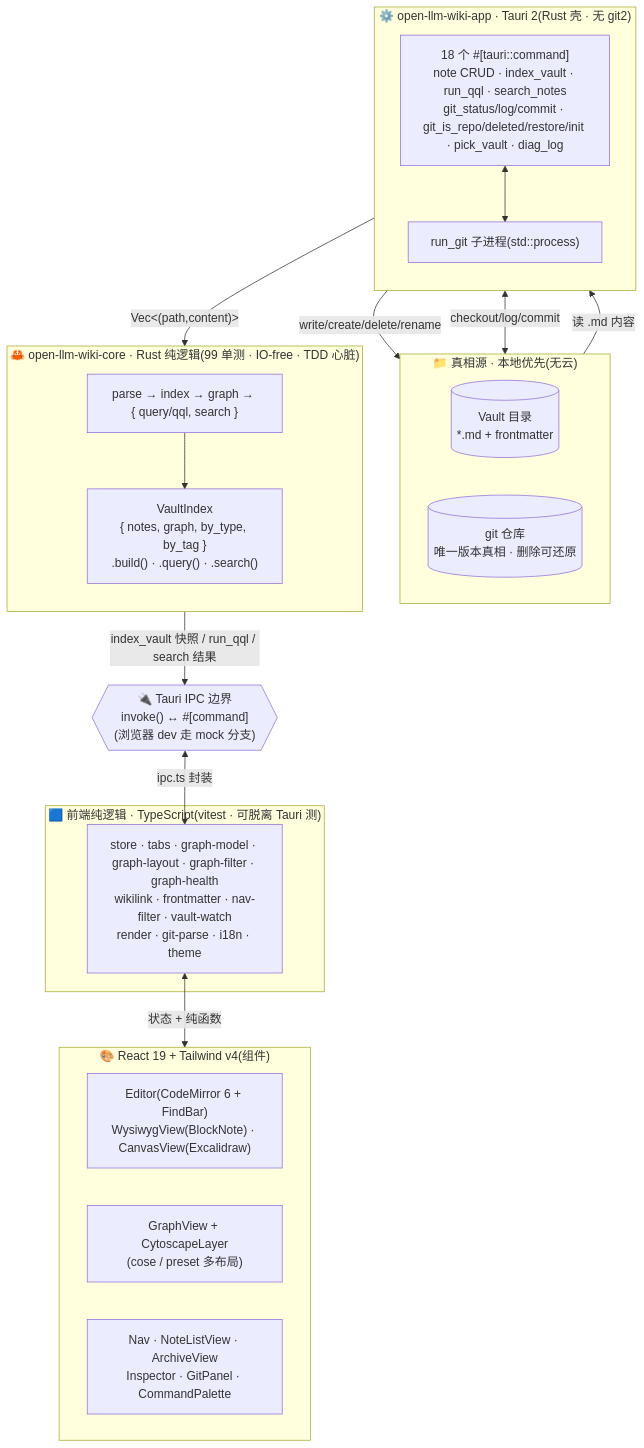
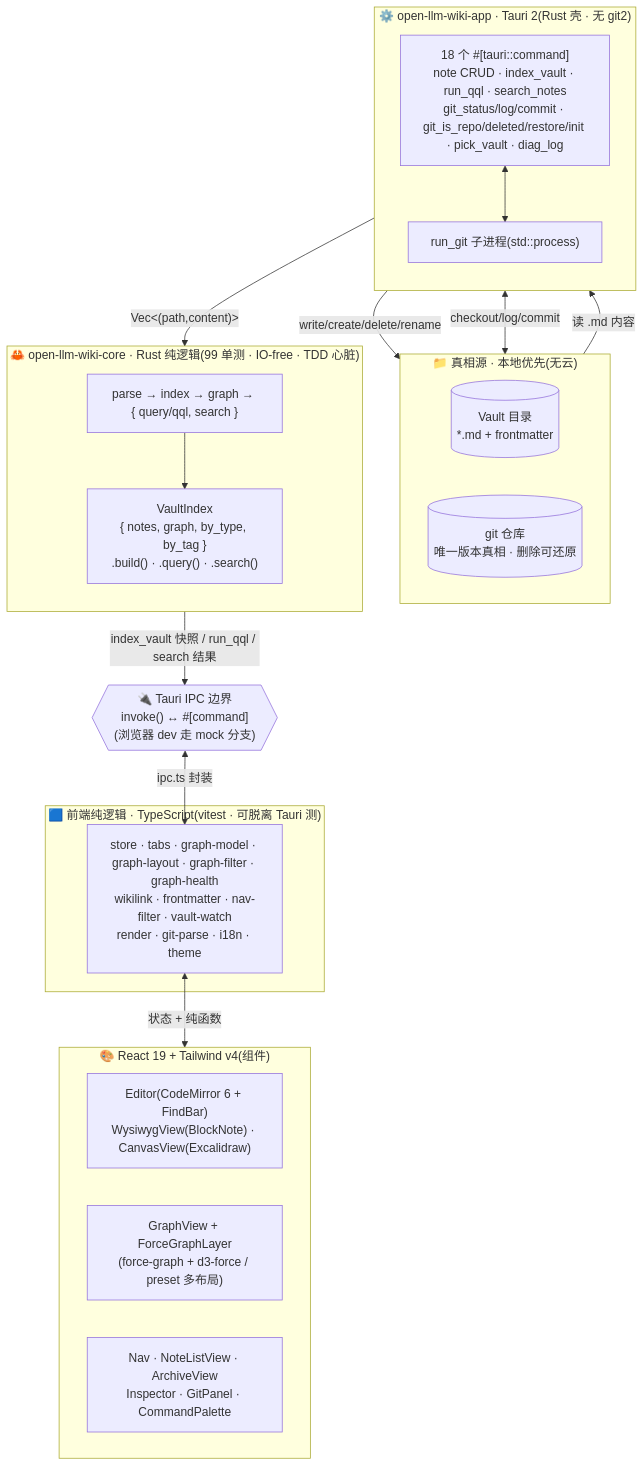
Before and after one commit to rhythm1995/open-llm-wiki: the first of 3 diagrams in docs/07-llm-wiki-architecture.md, drawn with Mermaid. The commit also changed other lines of this file and 15 other files, not shown here.

````diff
--- a/docs/07-llm-wiki-architecture.md
+++ b/docs/07-llm-wiki-architecture.md
@@ -25,44 +25,44 @@
 ```mermaid
 flowchart TD
   subgraph SRC["📁 真相源 · 本地优先(无云)"]
     direction LR
     V[("Vault 目录<br/>*.md + frontmatter")]
     G[("git 仓库<br/>唯一版本真相 · 删除可还原")]
   end
 
   subgraph CORE["🦀 open-llm-wiki-core · Rust 纯逻辑(99 单测 · IO-free · TDD 心脏)"]
     direction TB
     PIPE["parse → index → graph → { query/qql, search }"]
     VI["VaultIndex<br/>{ notes, graph, by_type, by_tag }<br/>.build() · .query() · .search()"]
     PIPE --> VI
   end
 
   subgraph APP["⚙️ open-llm-wiki-app · Tauri 2(Rust 壳 · 无 git2)"]
     direction TB
     CMD["18 个 #[tauri::command]<br/>note CRUD · index_vault · run_qql · search_notes<br/>git_status/log/commit · git_is_repo/deleted/restore/init · pick_vault · diag_log"]
     GIT["run_git 子进程(std::process)"]
     CMD <--> GIT
   end
 
   IPC{{"🔌 Tauri IPC 边界<br/>invoke() ↔ #[command]<br/>(浏览器 dev 走 mock 分支)"}}
 
   subgraph TS["🟦 前端纯逻辑 · TypeScript(vitest · 可脱离 Tauri 测)"]
     LIB["store · tabs · graph-model · graph-layout · graph-filter · graph-health<br/>wikilink · frontmatter · nav-filter · vault-watch<br/>render · git-parse · i18n · theme"]
   end
 
   subgraph REACT["🎨 React 19 + Tailwind v4(组件)"]
     direction LR
     ED["Editor(CodeMirror 6 + FindBar)<br/>WysiwygView(BlockNote) · CanvasView(Excalidraw)"]
-    GR["GraphView + CytoscapeLayer<br/>(cose / preset 多布局)"]
+    GR["GraphView + ForceGraphLayer<br/>(force-graph + d3-force / preset 多布局)"]
     NAV["Nav · NoteListView · ArchiveView<br/>Inspector · GitPanel · CommandPalette"]
   end
 
   %% 主数据流
   V -->|"读 .md 内容"| CMD
   CMD -->|"Vec<(path,content)>"| PIPE
   VI -->|"index_vault 快照 / run_qql / search 结果"| IPC
   CMD -->|"write/create/delete/rename"| V
   GIT <-->|"checkout/log/commit"| G
   IPC <-->|"ipc.ts 封装"| LIB
   LIB <-->|"状态 + 纯函数"| REACT
 ```
````
